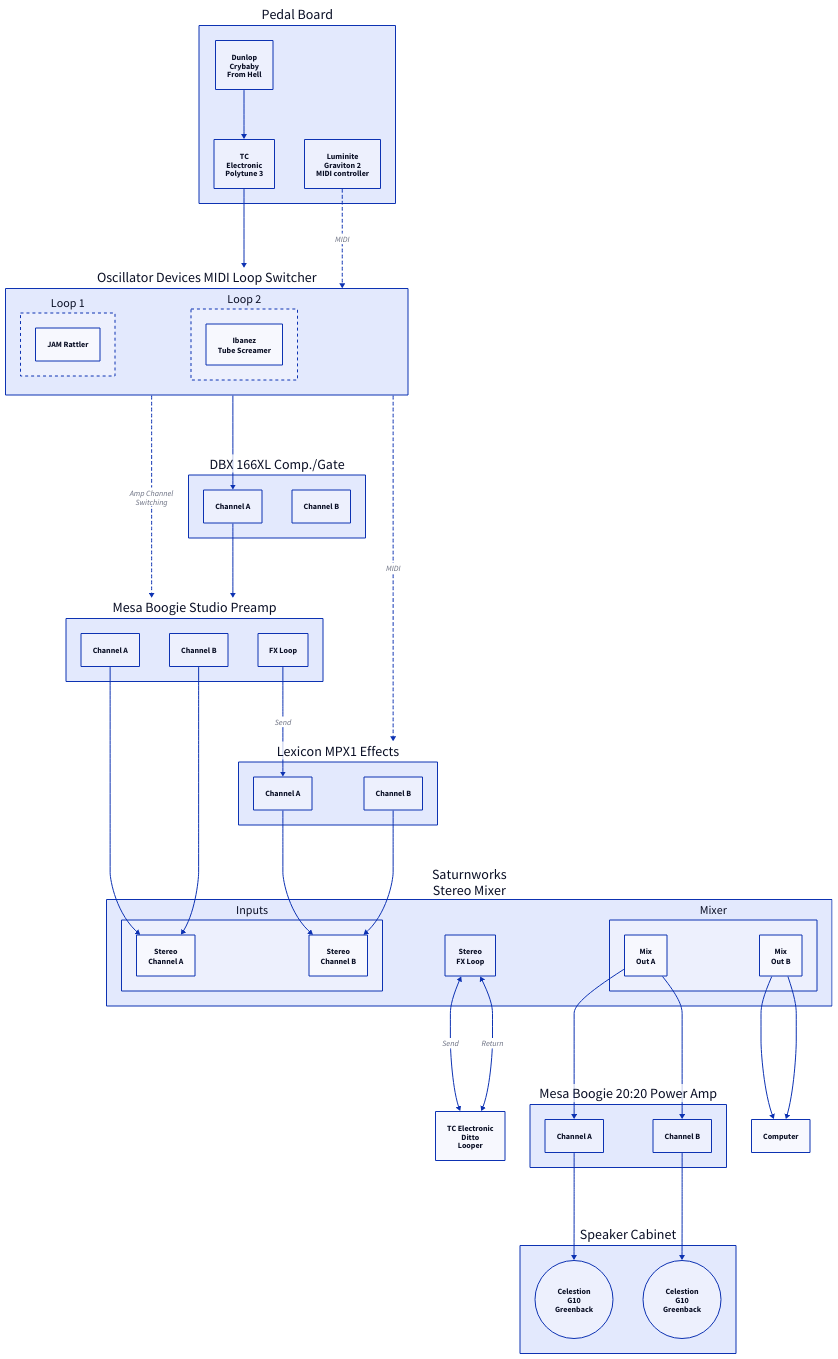
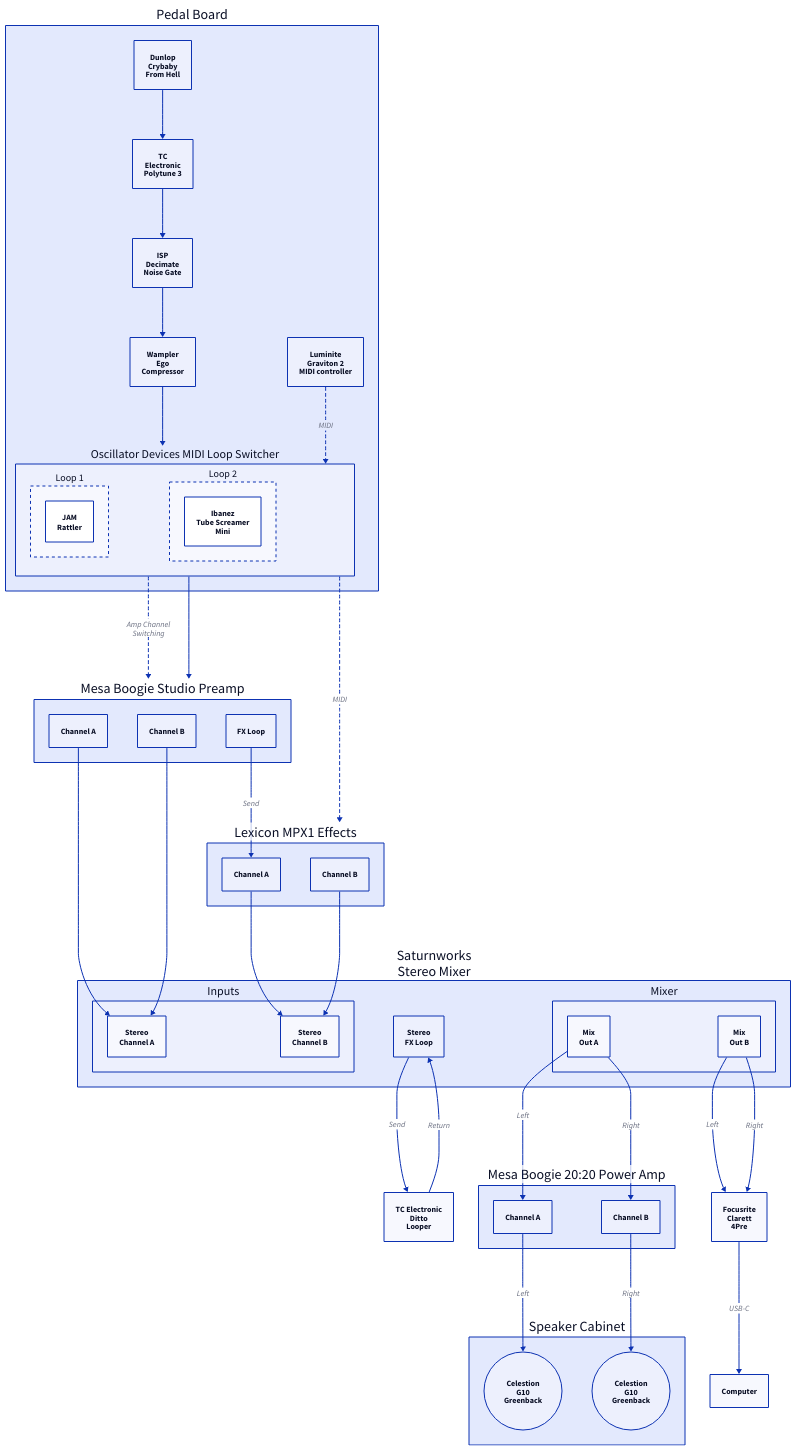
One commit to timvaillancourt/amp-diagrams changed the diagram in amprack.d2. Above: the diagram before and after it, drawn with D2. The commit also changed 2 other files, not shown here.

```diff
--- a/amprack.d2
+++ b/amprack.d2
@@ -1,98 +1,95 @@
 pb: "Pedal Board" {
   cbfh: "Dunlop\nCrybaby\nFrom Hell" {}
   polytune3: "TC\nElectronic\nPolytune 3" {}
+  ispdm: "ISP\nDecimate\nNoise Gate" {}
+  wec: "Wampler\nEgo\nCompressor" {}
   mc: "Luminite\nGraviton 2\nMIDI controller" {}
-  cbfh -> polytune3 
-}
-
-mls: "Oscillator Devices MIDI Loop Switcher" {
-  1: "Loop 1" {
+  mls: "Oscillator Devices MIDI Loop Switcher" {
+    1: "Loop 1" {
+      style: {
+        stroke-dash: 3
+      }
+      ts: "JAM\nRattler" {}
+    }
+    2: "Loop 2" {
+      style: {
+        stroke-dash: 3
+      }
+      ts: "Ibanez\nTube Screamer\nMini" {}
+    }
+  }
+  cbfh -> polytune3 -> ispdm -> wec -> mls
+  mc -> mls: "MIDI" {
     style: {
       stroke-dash: 3
     }
-    ts: "JAM Rattler" {}
-  }
-  2: "Loop 2" {
-    style: {
-      stroke-dash: 3
-    }
-    ts: "Ibanez\nTube Screamer" {}
   }
 }
-pb.polytune3 -> mls
-pb.mc -> mls: "MIDI" {
-  style: {
-    stroke-dash: 3
-  }
-}
-
-dbx166xl: "DBX 166XL Comp./Gate" {
-  A: "Channel A" {}
-  B: "Channel B" {}
-}
-mls -> dbx166xl.A
 
 msp: "Mesa Boogie Studio Preamp" {
   A: "Channel A" {}
   B: "Channel B" {}
   Loop: "FX Loop" {}
 }
-mls -> msp: "Amp Channel\nSwitching" {
+pb.mls -> msp: "Amp Channel\nSwitching" {
   style: {
     stroke-dash: 3
   }
 }
-dbx166xl.A -> msp
+pb.mls -> msp
 
 mixer: "Saturnworks\nStereo Mixer" {
   In: "Inputs" {
     A: "Stereo\nChannel A" {}
     B: "Stereo\nChannel B" {}
   }
   Loop: "Stereo\nFX Loop" {}
   Mix: "Mixer" {
     A: "Mix\nOut A" {}
     B: "Mix\nOut B" {}
   }
 }
 msp.A -> mixer.In.A
 msp.B -> mixer.In.A
 
 mpx1: "Lexicon MPX1 Effects" {
   A: "Channel A" {}
   B: "Channel B" {}
 }
-mls -> mpx1: "MIDI" {
+pb.mls -> mpx1: "MIDI" {
   style: {
     stroke-dash: 3
   }
 }
 msp.Loop -> mpx1.A: "Send" {}
 mpx1.A -> mixer.In.B
 mpx1.B -> mixer.In.B
 
 ditto: "TC Electronic\nDitto\nLooper" {}
-mixer.Loop <-> ditto: "Send"
-mixer.Loop <-> ditto: "Return"
+mixer.Loop -> ditto: "Send"
+ditto -> mixer.Loop: "Return"
 
 m2020: "Mesa Boogie 20:20 Power Amp" {
   A: "Channel A" {}
   B: "Channel B" {}
 }
-mixer.Mix.A -> m2020.A
-mixer.Mix.A -> m2020.B
+mixer.Mix.A -> m2020.A: "Left"
+mixer.Mix.A -> m2020.B: "Right"
 
 cab: "Speaker Cabinet" {
   A: "Celestion\nG10\nGreenback" {
     shape: "circle"
   }
   B: "Celestion\nG10\nGreenback" {
     shape: "circle"
   }
 }
-m2020.A -> cab.A
-m2020.B -> cab.B
+m2020.A -> cab.A: "Left"
+m2020.B -> cab.B: "Right"
 
-computer: "Computer" {}
-mixer.Mix.B -> computer
-mixer.Mix.B -> computer
+clarett: "Focusrite\nClarett\n4Pre" {}
+mixer.Mix.B -> clarett: "Left"
+mixer.Mix.B -> clarett: "Right"
+
+computer: "Computer"
+clarett -> computer: "USB-C"
```
